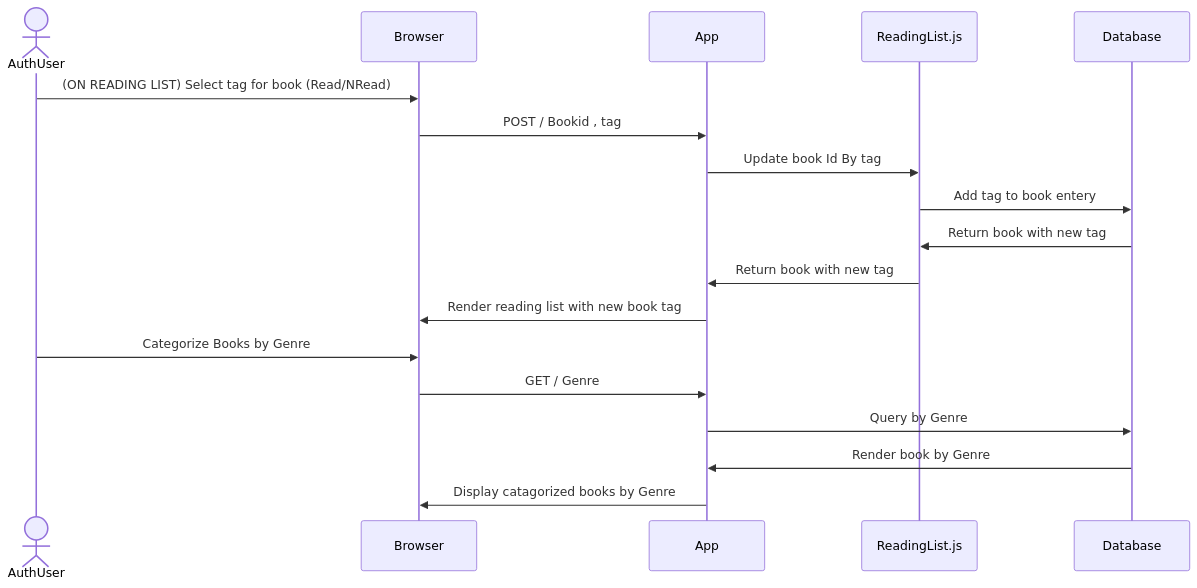
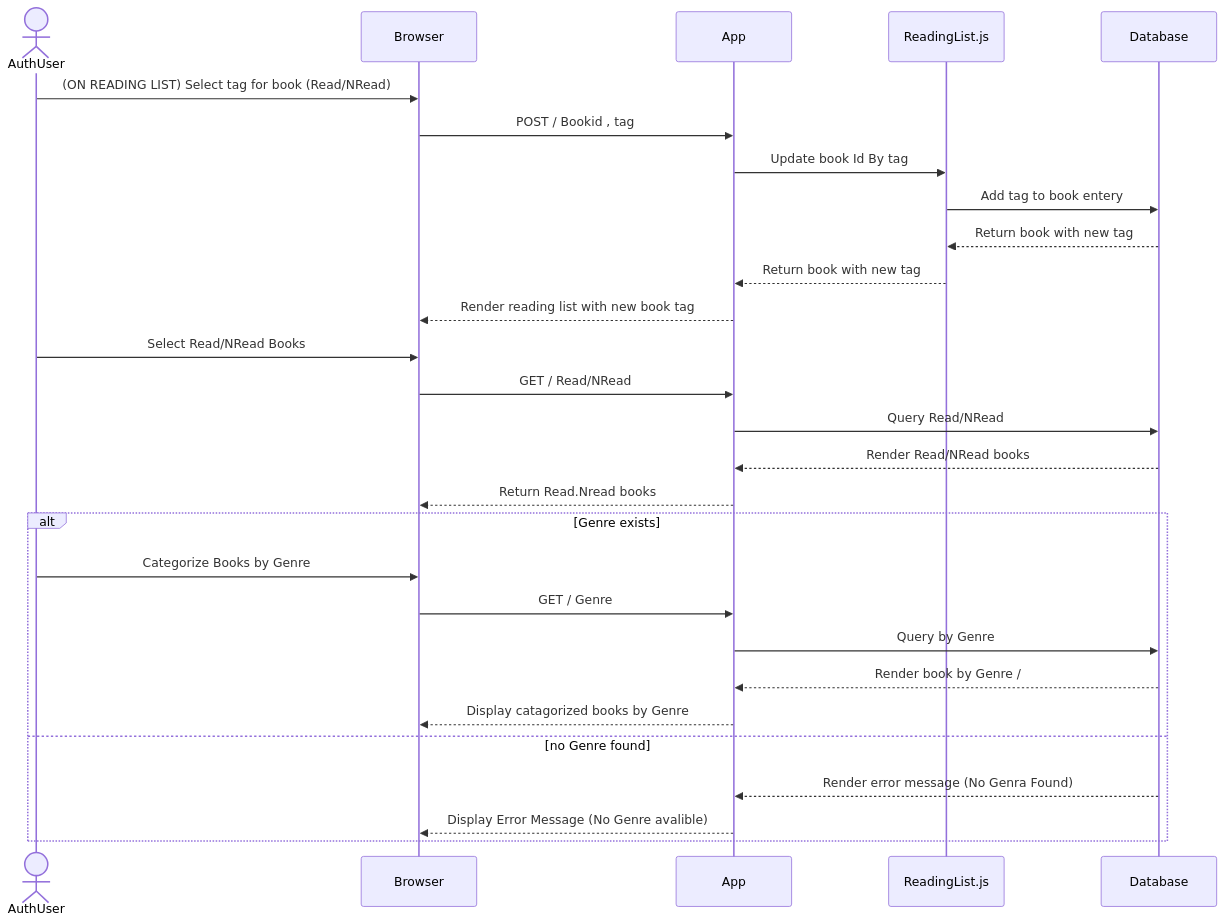
Before and after one commit to KristinaDudnyk/Reading-List-Management-System: the diagram in Cat.md, drawn with Mermaid. The commit also changed 3 other files, not shown here.

Commit message:
reading list

````diff
--- a/Cat.md
+++ b/Cat.md
@@ -1,25 +1,40 @@
 ```mermaid
 
 sequenceDiagram
 actor AuthUser
 participant Browser
 participant App
 participant ReadingList.js
 participant Database
 
 
 
 AuthUser ->>Browser:(ON READING LIST) Select tag for book (Read/NRead) 
 Browser ->>App: POST / Bookid , tag
 App ->>ReadingList.js: Update book Id By tag
 ReadingList.js ->>Database: Add tag to book entery
-Database ->>ReadingList.js: Return book with new tag
-ReadingList.js ->>App: Return book with new tag
-App ->>Browser: Render reading list with new book tag
+Database -->>ReadingList.js: Return book with new tag
+ReadingList.js -->>App: Return book with new tag
+App -->>Browser: Render reading list with new book tag
 
+AuthUser ->>Browser: Select Read/NRead Books 
+Browser ->>App: GET / Read/NRead
+App ->>Database: Query Read/NRead
+Database -->>App: Render Read/NRead books
+App -->>Browser: Return Read.Nread books
+
+
+alt Genre exists
 AuthUser ->>Browser: Categorize Books by Genre
 Browser ->>App: GET / Genre
 App ->>Database: Query by Genre
-Database ->>App: Render book by Genre
-App ->>Browser: Display catagorized books by Genre
+Database -->>App: Render book by Genre / 
+App -->>Browser: Display catagorized books by Genre
+Else no Genre found
+Database -->>App: Render error message (No Genra Found) 
+App -->>Browser: Display Error Message (No Genre avalible)
+
+end
+
+
 ```
````
